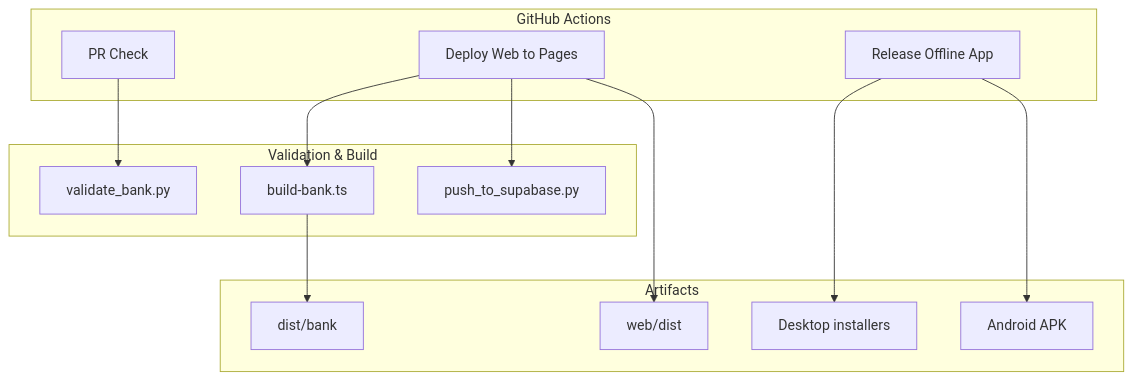
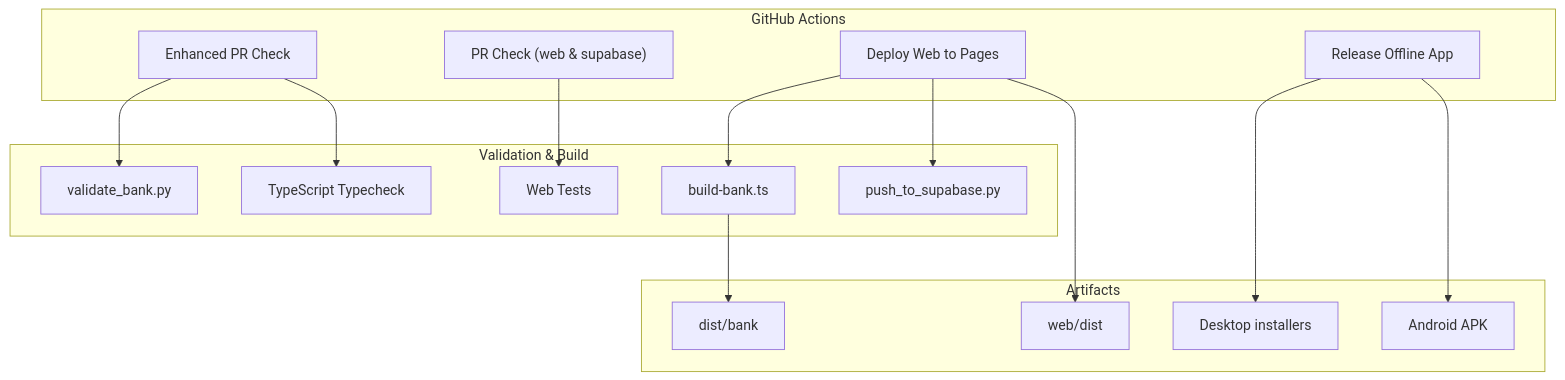
Before and after one commit to muhammadhabibullah/tbs-lpdp: the first of 8 diagrams in .qoder/repowiki/en/content/Build and Deployment/CI_CD Pipeline.md, drawn with Mermaid. The commit also changed other lines of this file and 6 other files, not shown here.

````diff
--- a/.qoder/repowiki/en/content/Build and Deployment/CI_CD Pipeline.md
+++ b/.qoder/repowiki/en/content/Build and Deployment/CI_CD Pipeline.md
@@ -49,26 +58,31 @@
 ```mermaid
 graph TB
 subgraph "GitHub Actions"
-PR["PR Check"]
+PR["Enhanced PR Check"]
+PRWEB["PR Check (web & supabase)"]
 WEB["Deploy Web to Pages"]
 REL["Release Offline App"]
 end
 subgraph "Validation & Build"
 VBPY["validate_bank.py"]
 BBT["build-bank.ts"]
 PYPUB["push_to_supabase.py"]
+TESTS["Web Tests"]
+TYPECHECK["TypeScript Typecheck"]
 end
 subgraph "Artifacts"
 DIST["web/dist"]
 BANK["dist/bank"]
 DESKTOP["Desktop installers"]
 ANDR["Android APK"]
 end
 PR --> VBPY
+PR --> TYPECHECK
+PRWEB --> TESTS
 WEB --> BBT
 WEB --> PYPUB
 WEB --> DIST
 REL --> DESKTOP
 REL --> ANDR
 BBT --> BANK
 ```
````
